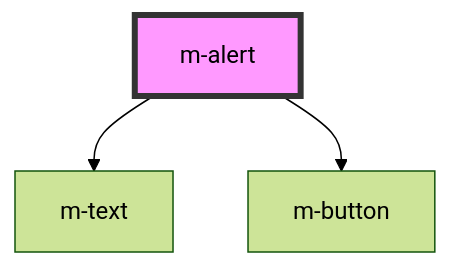
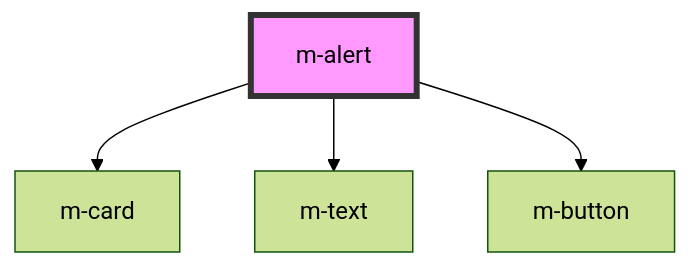
Before and after one commit to dynamic-framework/dynamic-ui: the diagram in design-system/src/components/m-alert/readme.md, drawn with Mermaid (forest theme). The commit also changed other lines of this file and 28 other files, not shown here.

````diff
--- a/design-system/src/components/m-alert/readme.md
+++ b/design-system/src/components/m-alert/readme.md
@@ -32,6 +41,7 @@
 ```mermaid
 graph TD;
+  m-alert --> m-card
   m-alert --> m-text
   m-alert --> m-button
   style m-alert fill:#f9f,stroke:#333,stroke-width:4px
 ```
````
